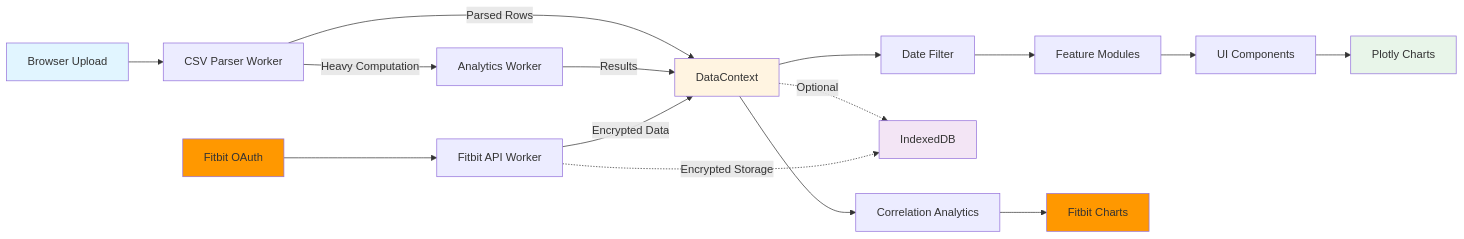
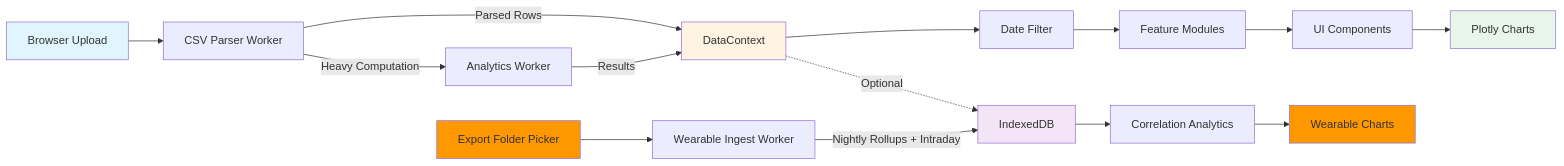
Before and after one commit to kabaka/oscar-export-analyzer: the first of 3 diagrams in docs/developer/architecture.md, drawn with Mermaid. The commit also changed other lines of this file and 189 other files, not shown here.

````diff
--- a/docs/developer/architecture.md
+++ b/docs/developer/architecture.md
@@ -17,25 +11,24 @@
 ```mermaid
 graph LR
     A[Browser Upload] --> B[CSV Parser Worker]
     B -->|Parsed Rows| C[DataContext]
     C --> D[Date Filter]
     D --> E[Feature Modules]
     E --> F[UI Components]
     F --> G[Plotly Charts]
     C -.->|Optional| H[IndexedDB]
     B -->|Heavy Computation| I[Analytics Worker]
     I -->|Results| C
 
-    J[Fitbit OAuth] --> K[Fitbit API Worker]
-    K -->|Encrypted Data| C
-    K -.->|Encrypted Storage| H
-    C --> L[Correlation Analytics]
-    L --> M[Fitbit Charts]
+    J[Export Folder Picker] --> K[Wearable Ingest Worker]
+    K -->|Nightly Rollups + Intraday| H
+    H --> L[Correlation Analytics]
+    L --> M[Wearable Charts]
 
     style A fill:#e1f5ff
     style C fill:#fff4e1
     style G fill:#e8f5e9
     style H fill:#f3e5f5
     style J fill:#ff9800
     style M fill:#ff9800
 ```
````
